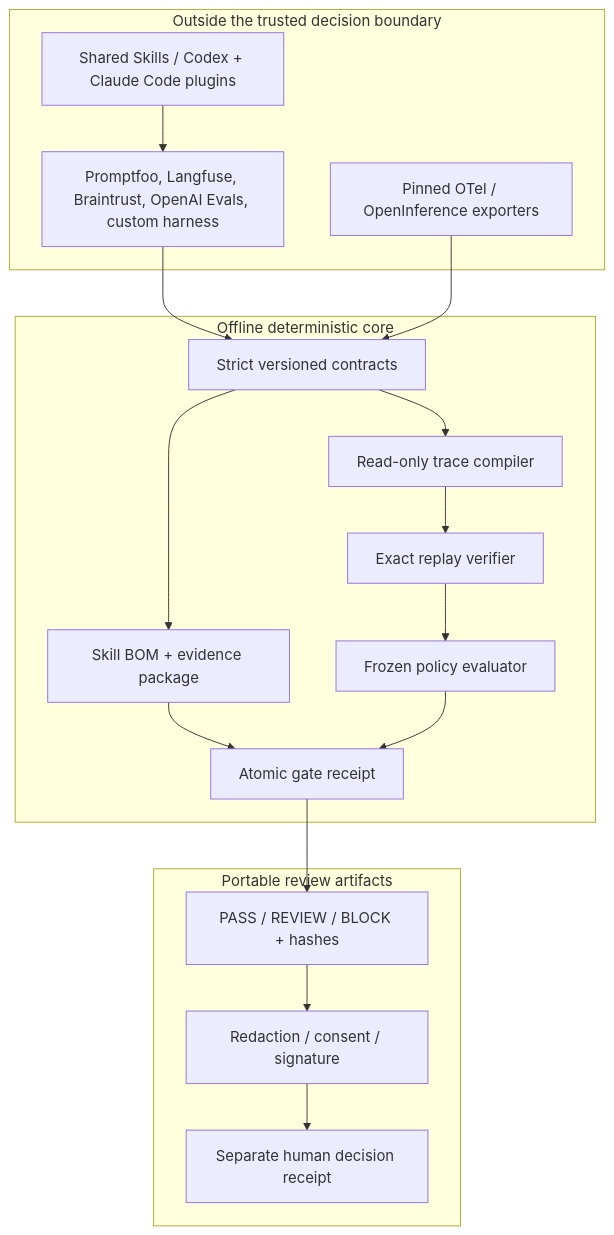
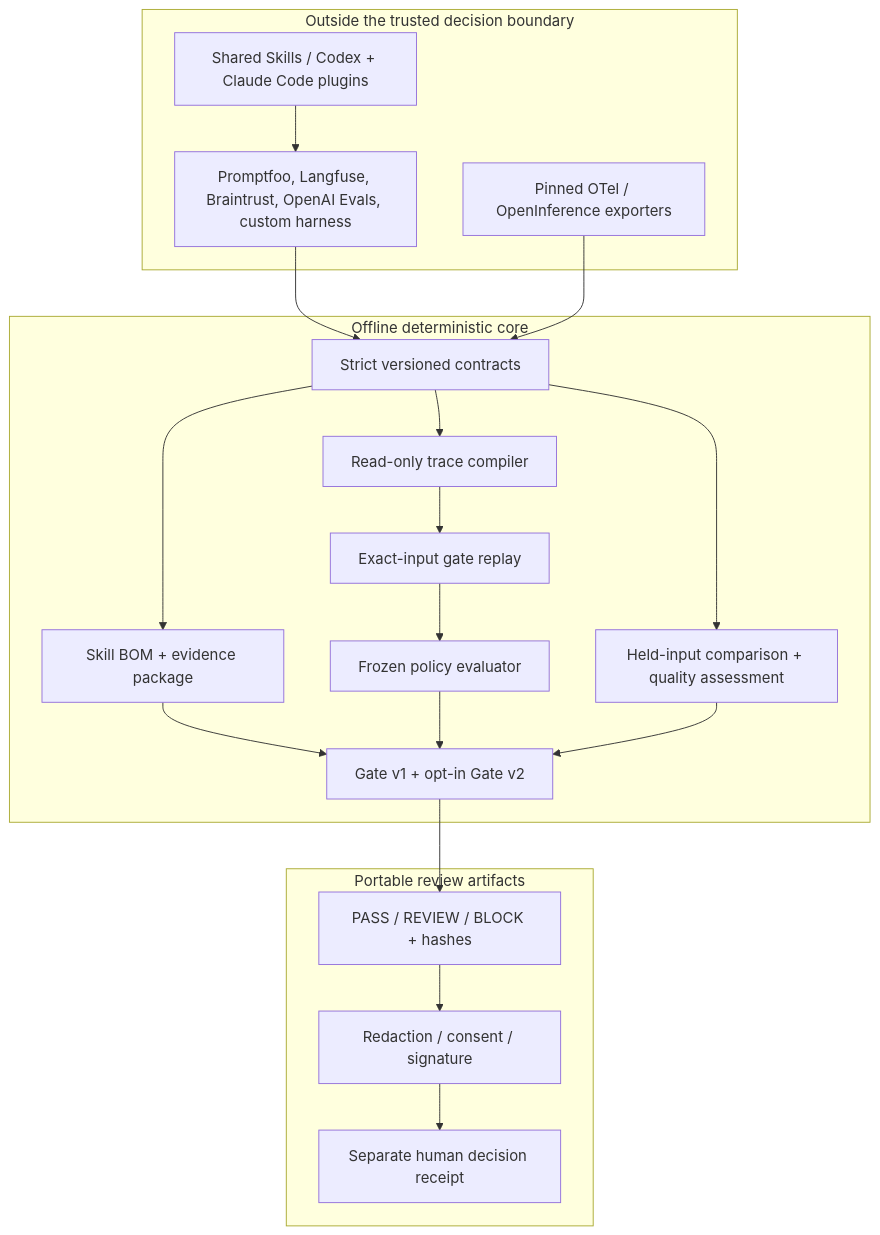
One commit to kingggg5/awe-tracegate changed the second of 2 diagrams in README.md. Above: the diagram before and after it, drawn with Mermaid. The commit also changed other lines of this file and 85 other files, not shown here.

````diff
--- a/README.md
+++ b/README.md
@@ -188,30 +546,32 @@
 ```mermaid
 flowchart TB
     subgraph Outside["Outside the trusted decision boundary"]
         Plugin["Shared Skills / Codex + Claude Code plugins"]
         Harness["Promptfoo, Langfuse, Braintrust, OpenAI Evals, custom harness"]
         OTel["Pinned OTel / OpenInference exporters"]
     end
 
     subgraph Core["Offline deterministic core"]
         Contracts["Strict versioned contracts"]
         BOM["Skill BOM + evidence package"]
         Compiler["Read-only trace compiler"]
-        Replay["Exact replay verifier"]
+        Replay["Exact-input gate replay"]
         Evaluator["Frozen policy evaluator"]
-        Gate["Atomic gate receipt"]
+        Comparison["Held-input comparison + quality assessment"]
+        Gate["Gate v1 + opt-in Gate v2"]
     end
 
     subgraph Outputs["Portable review artifacts"]
         Receipt["PASS / REVIEW / BLOCK + hashes"]
         Share["Redaction / consent / signature"]
         Human["Separate human decision receipt"]
     end
 
     Plugin --> Harness
     Harness --> Contracts
     OTel --> Contracts
     Contracts --> BOM --> Gate
     Contracts --> Compiler --> Replay --> Evaluator --> Gate
+    Contracts --> Comparison --> Gate
     Gate --> Receipt --> Share --> Human
 ```
````
